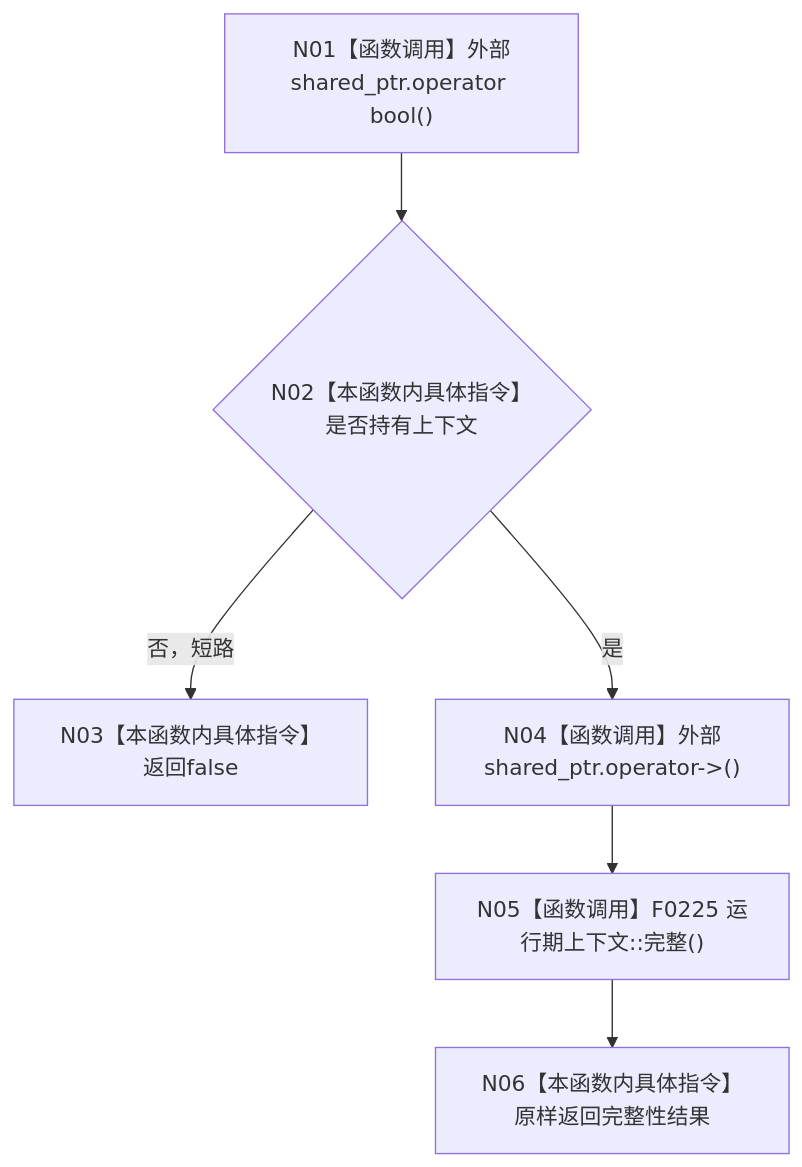
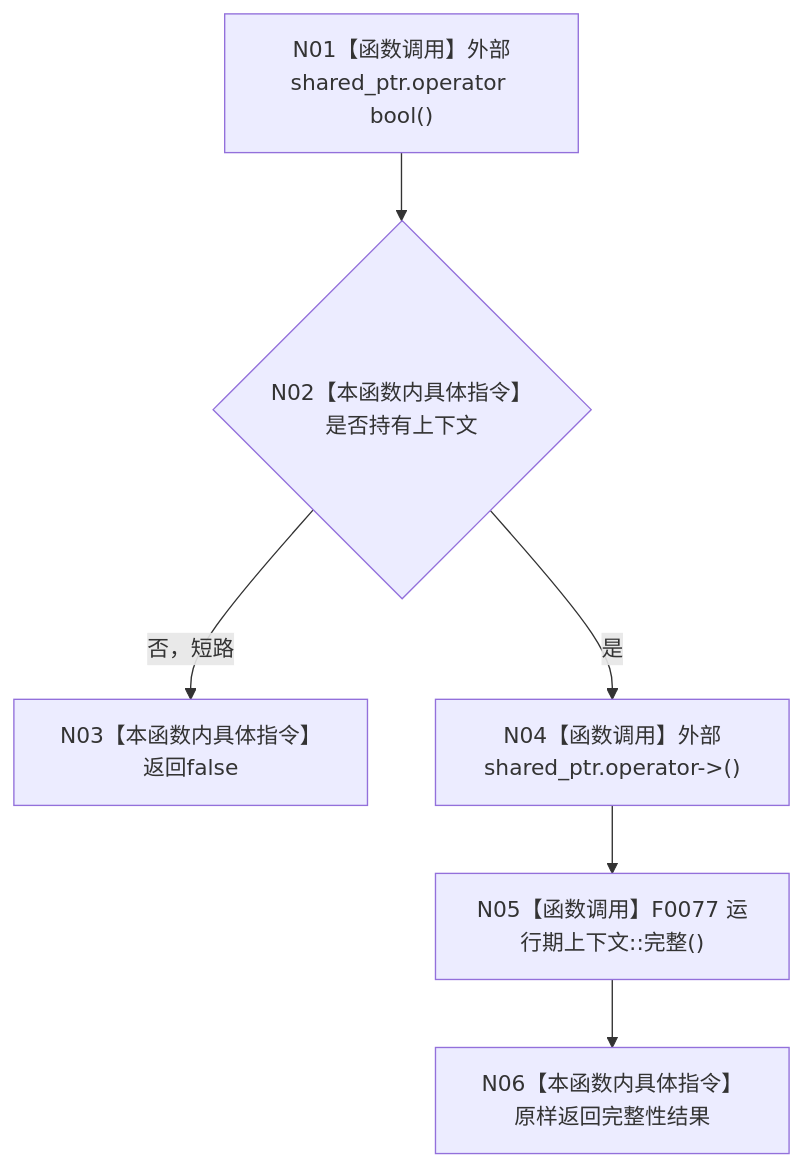
One commit to chunhaizh-cyber/HY-Ego changed the diagram in 流程图/代码流程图/L4/CF-L4-0030_运行期上下文租约_有效_现状流程图.md. Above: the diagram before and after it, drawn with Mermaid. The commit also changed other lines of this file and 18 other files, not shown here.

Commit message:
docs: 补齐F0239至F0241代码流程图

````diff
--- a/流程图/代码流程图/L4/CF-L4-0030_运行期上下文租约_有效_现状流程图.md
+++ b/流程图/代码流程图/L4/CF-L4-0030_运行期上下文租约_有效_现状流程图.md
@@ -14,12 +14,12 @@
 ```mermaid
 flowchart TD
     N01["N01【函数调用】外部shared_ptr.operator bool()"]
     N02{"N02【本函数内具体指令】是否持有上下文"}
     N03["N03【本函数内具体指令】返回false"]
     N04["N04【函数调用】外部shared_ptr.operator->()"]
-    N05["N05【函数调用】F0225 运行期上下文::完整()"]
+    N05["N05【函数调用】F0077 运行期上下文::完整()"]
     N06["N06【本函数内具体指令】原样返回完整性结果"]
     N01 --> N02
     N02 -- "否，短路" --> N03
     N02 -- "是" --> N04 --> N05 --> N06
 ```
````
